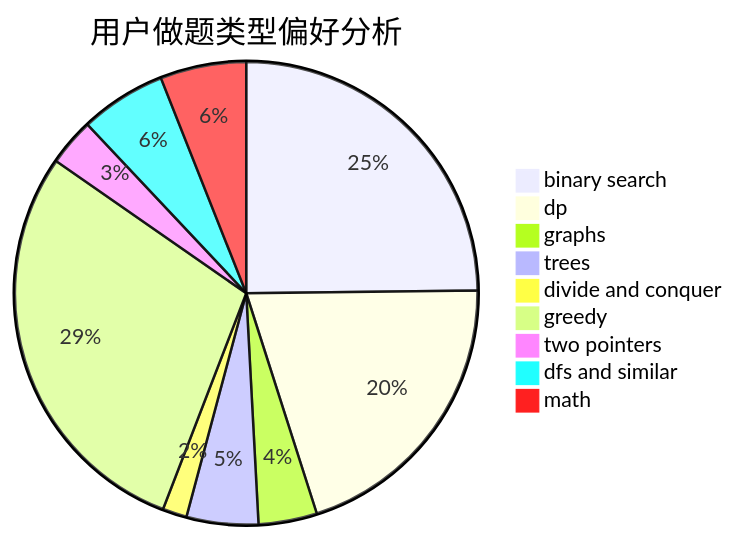
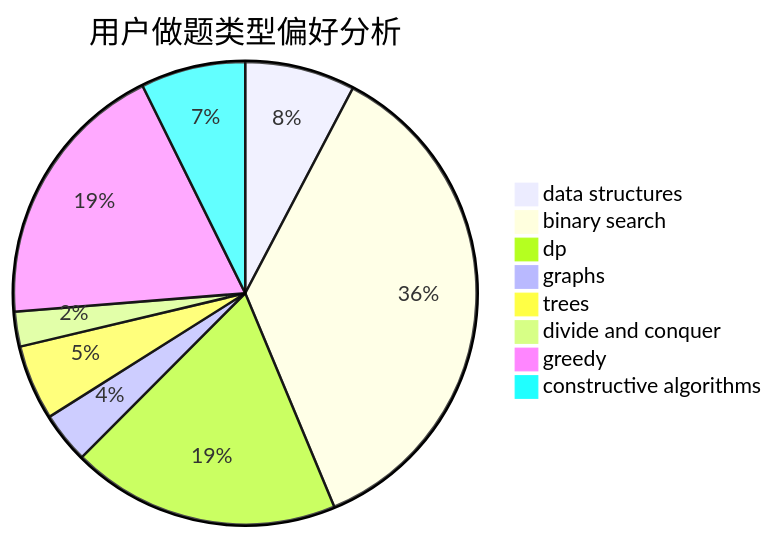
One commit to sherpahu/cfrs.github.io changed the second of 3 diagrams in docs/user/u1325.md. Above: the diagram before and after it, drawn with Mermaid. The commit also changed other lines of this file and 2775 other files, not shown here.

````diff
--- a/docs/user/u1325.md
+++ b/docs/user/u1325.md
@@ -23,12 +23,11 @@
 ```mermaid
 pie title 用户做题类型偏好分析
-    "binary search" :  322
-    "dp" :  263
-    "graphs" :  53
-    "trees" :  65
-    "divide and conquer" :  22
-    "greedy" :  374
-    "two pointers" :  43
-    "dfs and similar" :  78
-    "math" :  78
+    "data structures" :  41
+    "binary search" :  192
+    "dp" :  100
+    "graphs" :  19
+    "trees" :  28
+    "divide and conquer" :  13
+    "greedy" :  101
+    "constructive algorithms" :  39
 ```
````
